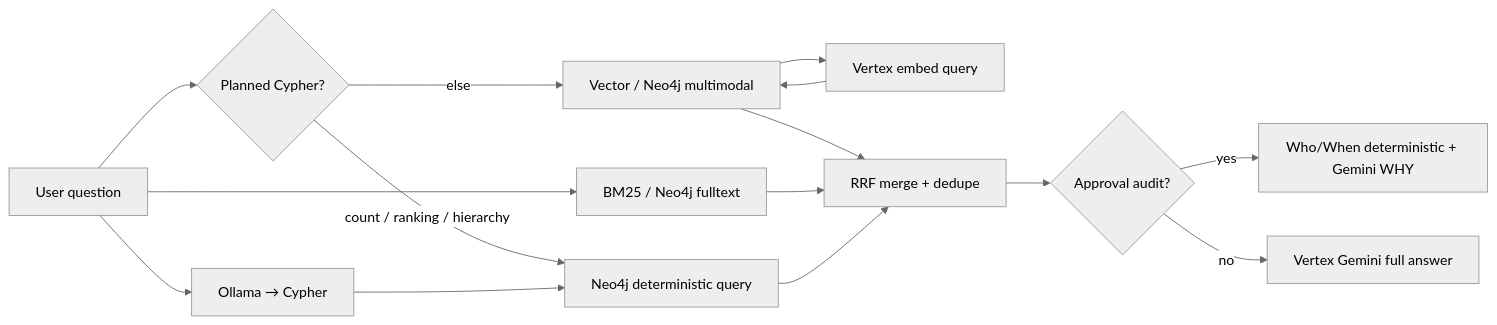
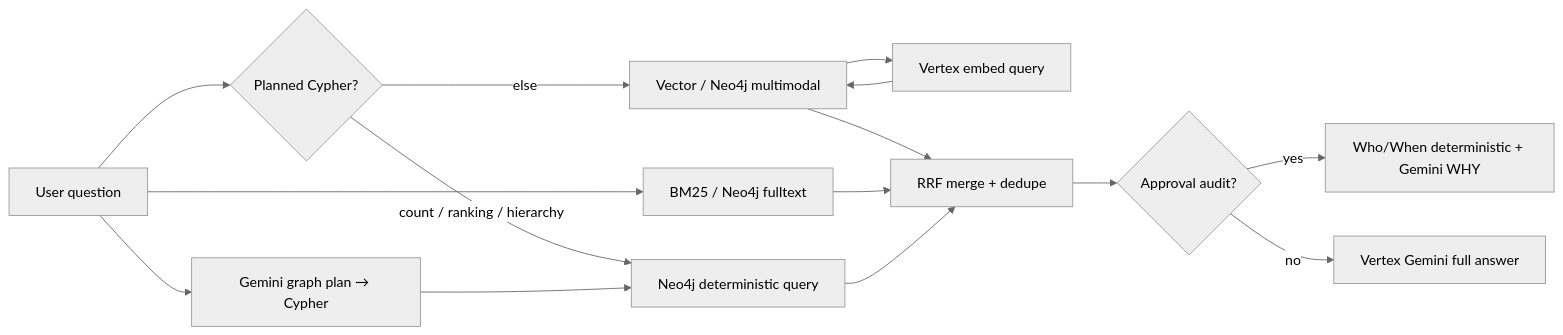
Before and after one commit to sanjuthomas/policy-pilot: the diagram in ssi-chat/README.md, drawn with Mermaid (neutral theme). The commit also changed other lines of this file and 7 other files, not shown here.

````diff
--- a/ssi-chat/README.md
+++ b/ssi-chat/README.md
@@ -43,17 +45,17 @@
 ```mermaid
 flowchart LR
     Q[User question] --> P{Planned Cypher?}
     P -->|count / ranking / hierarchy| N[Neo4j deterministic query]
     P -->|else| V[Vector / Neo4j multimodal]
     Q --> B[BM25 / Neo4j fulltext]
-    Q --> C[Ollama → Cypher]
-    C --> N
+    Q --> G[Gemini graph plan → Cypher]
+    G --> N
     V --> VE[Vertex embed query]
     VE --> V
     V --> R[RRF merge + dedupe]
     B --> R
     N --> R
     R --> A{Approval audit?}
     A -->|yes| W[Who/When deterministic + Gemini WHY]
-    A -->|no| G[Vertex Gemini full answer]
+    A -->|no| S[Vertex Gemini full answer]
 ```
````
